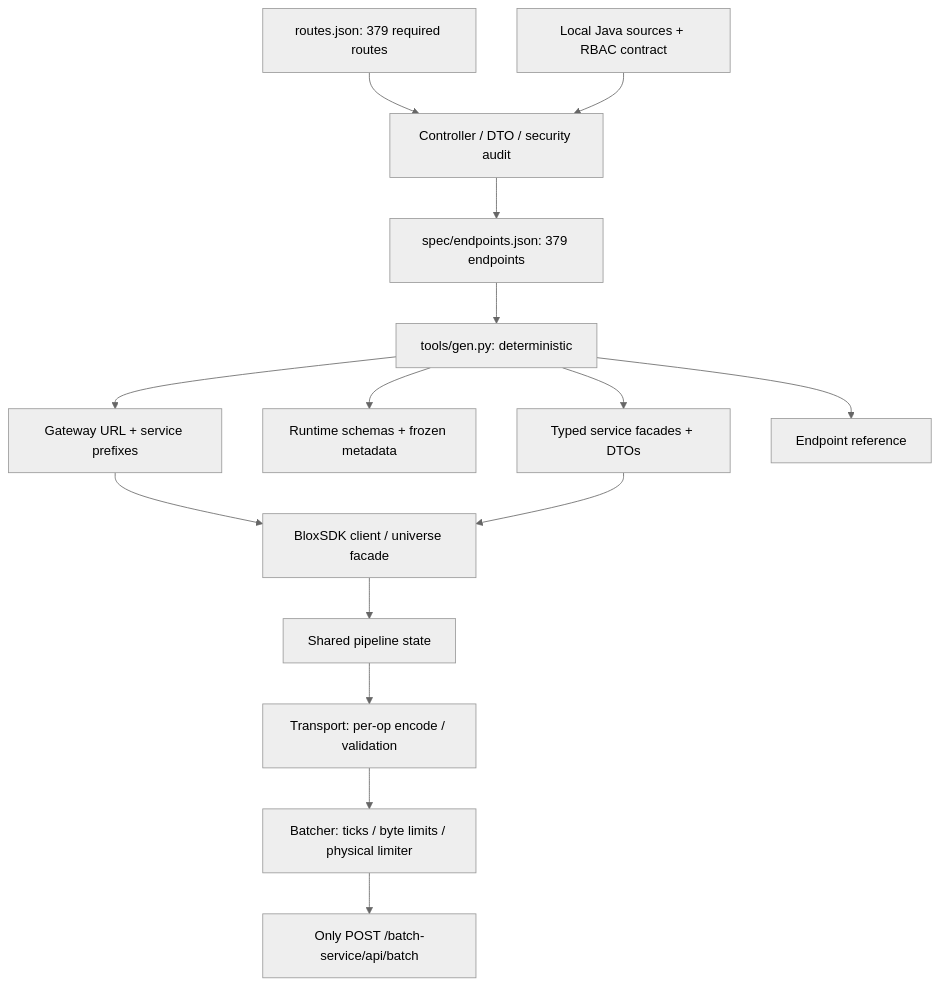
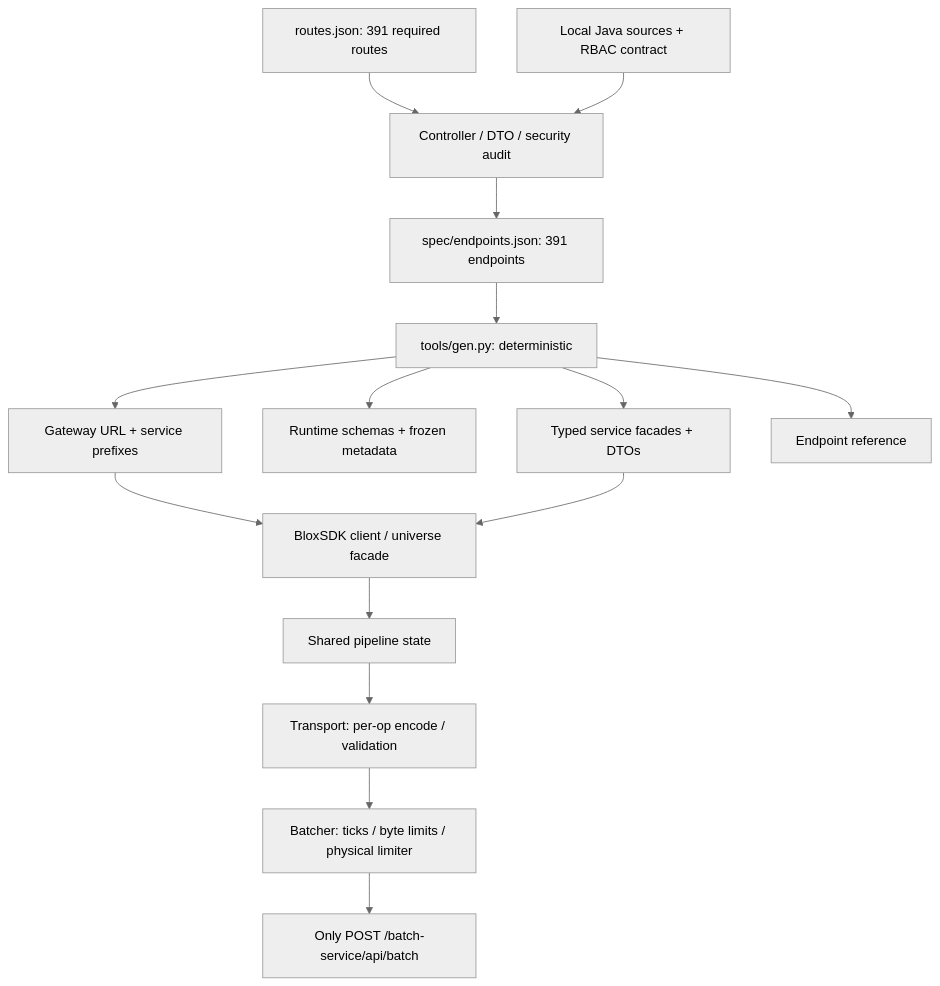
The diagram in docs/ARCHITECTURE.md (samjay22/blox-sdk), drawn with Mermaid (neutral theme) before and after one commit. The commit also changed other lines of this file and 124 other files, not shown here.

````diff
--- a/docs/ARCHITECTURE.md
+++ b/docs/ARCHITECTURE.md
@@ -3,17 +3,17 @@
 ```mermaid
 flowchart TD
-  Routes[routes.json: 379 required routes] --> Audit[Controller / DTO / security audit]
+  Routes[routes.json: 391 required routes] --> Audit[Controller / DTO / security audit]
   Java[Local Java sources + RBAC contract] --> Audit
-  Audit --> Spec[spec/endpoints.json: 379 endpoints]
+  Audit --> Spec[spec/endpoints.json: 391 endpoints]
   Spec --> Generator[tools/gen.py: deterministic]
   Generator --> Services[Typed service facades + DTOs]
   Generator --> Schemas[Runtime schemas + frozen metadata]
   Generator --> Routing[Gateway URL + service prefixes]
   Routing --> Client
   Generator --> Reference[Endpoint reference]
   Services --> Client[BloxSDK client / universe facade]
   Client --> Pipeline[Shared pipeline state]
   Pipeline --> Transport[Transport: per-op encode / validation]
   Transport --> Batcher[Batcher: ticks / byte limits / physical limiter]
   Batcher --> Backend[Only POST /batch-service/api/batch]
 ```
````
